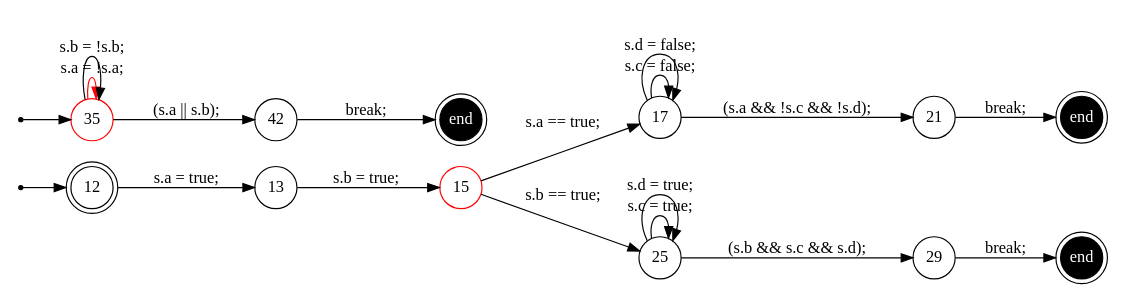
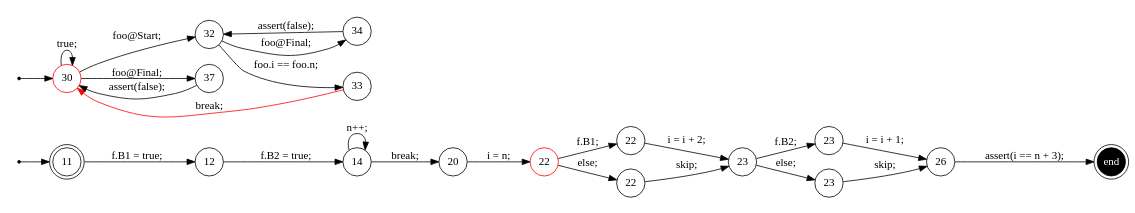
Before and after one commit to samilazregsuidi/Daedalux: the diagram in trace/9.dot, drawn with Graphviz. The commit also changed 63 other files, not shown here.

```diff
--- a/trace/9.dot
+++ b/trace/9.dot
@@ -1,37 +1,48 @@
 digraph finite_state_machine {
 	rankdir=LR
 	size="8,5"
-	94437505318000 [label = 12, shape = doublecircle, fixedsize = true]; 
-	s94437505318000 [shape = point];
-	94437505313568 [label = 35, shape = doublecircle, color = red, fixedsize = true]; 
-	s94437505313568 [shape = point];
-	e94437505311632 [shape = doublecircle, fixedsize = true, style = filled, fillcolor = black, fontcolor = white,  label = end];
-	e94437505313776 [shape = doublecircle, fixedsize = true, style = filled, fillcolor = black, fontcolor = white,  label = end];
-	e94437505315632 [shape = doublecircle, fixedsize = true, style = filled, fillcolor = black, fontcolor = white,  label = end];
-	 94437505318080 [label = 13, shape = circle, fixedsize = true ];
-	 94437505309632 [label = 15, shape = circle, color = red, fixedsize = true ];
-	 94437505310224 [label = 17, shape = circle, fixedsize = true ];
-	 94437505311632 [label = 21, shape = circle, fixedsize = true ];
-	 94437505312144 [label = 25, shape = circle, fixedsize = true ];
-	 94437505313776 [label = 29, shape = circle, fixedsize = true ];
-	 94437505313568 [label = 35, shape = circle, color = red, fixedsize = true ];
-	 94437505315632 [label = 42, shape = circle, fixedsize = true ];
-	s94437505318000 -> 94437505318000;
-	s94437505313568 -> 94437505313568;
-	94437505318000 -> 94437505318080 [ label = "s.a = true; "];
-	94437505318080 -> 94437505309632 [ label = "s.b = true; "];
-	94437505309632 -> 94437505310224 [ label = "s.a == true; "];
-	94437505310224 -> 94437505310224 [ label = "s.c = false; "];
-	94437505310224 -> 94437505310224 [ label = "s.d = false; "];
-	94437505310224 -> 94437505311632 [ label = "(s.a && !s.c && !s.d); "];
-	94437505311632 -> e94437505311632 [ label = "break; "];
-	94437505309632 -> 94437505312144 [ label = "s.b == true; "];
-	94437505312144 -> 94437505312144 [ label = "s.c = true; "];
-	94437505312144 -> 94437505312144 [ label = "s.d = true; "];
-	94437505312144 -> 94437505313776 [ label = "(s.b && s.c && s.d); "];
-	94437505313776 -> e94437505313776 [ label = "break; "];
-	94437505313568 -> 94437505313568 [color = red, label = "s.a = !s.a; "];
-	94437505313568 -> 94437505313568 [ label = "s.b = !s.b; "];
-	94437505313568 -> 94437505315632 [ label = "(s.a || s.b); "];
-	94437505315632 -> e94437505315632 [ label = "break; "];
+	93824993311008 [label = 11, shape = doublecircle, fixedsize = true]; 
+	s93824993311008 [shape = point];
+	93824993307216 [label = 30, shape = doublecircle, color = red, fixedsize = true]; 
+	s93824993307216 [shape = point];
+	e93824993306544 [shape = doublecircle, fixedsize = true, style = filled, fillcolor = black, fontcolor = white,  label = end];
+	 93824993312480 [label = 12, shape = circle, fixedsize = true ];
+	 93824993302560 [label = 14, shape = circle, fixedsize = true ];
+	 93824993303360 [label = 20, shape = circle, fixedsize = true ];
+	 93824993303680 [label = 22, shape = circle, color = red, fixedsize = true ];
+	 93824993304480 [label = 22, shape = circle, fixedsize = true ];
+	 93824993305200 [label = 22, shape = circle, fixedsize = true ];
+	 93824993304992 [label = 23, shape = circle, fixedsize = true ];
+	 93824993306032 [label = 23, shape = circle, fixedsize = true ];
+	 93824993306752 [label = 23, shape = circle, fixedsize = true ];
+	 93824993306544 [label = 26, shape = circle, fixedsize = true ];
+	 93824993307216 [label = 30, shape = circle, color = red, fixedsize = true ];
+	 93824993307984 [label = 32, shape = circle, fixedsize = true ];
+	 93824993308816 [label = 33, shape = circle, fixedsize = true ];
+	 93824993309536 [label = 34, shape = circle, fixedsize = true ];
+	 93824993310048 [label = 37, shape = circle, fixedsize = true ];
+	s93824993311008 -> 93824993311008;
+	s93824993307216 -> 93824993307216;
+	93824993311008 -> 93824993312480 [ label = "f.B1 = true; "];
+	93824993312480 -> 93824993302560 [ label = "f.B2 = true; "];
+	93824993302560 -> 93824993303360 [ label = "break; "];
+	93824993302560 -> 93824993302560 [ label = "n++; "];
+	93824993303360 -> 93824993303680 [ label = "i = n; "];
+	93824993303680 -> 93824993304480 [ label = "f.B1; "];
+	93824993304480 -> 93824993304992 [ label = "i = i + 2; "];
+	93824993303680 -> 93824993305200 [ label = "else; "];
+	93824993305200 -> 93824993304992 [ label = "skip; "];
+	93824993304992 -> 93824993306032 [ label = "f.B2; "];
+	93824993306032 -> 93824993306544 [ label = "i = i + 1; "];
+	93824993304992 -> 93824993306752 [ label = "else; "];
+	93824993306752 -> 93824993306544 [ label = "skip; "];
+	93824993306544 -> e93824993306544 [ label = "assert(i == n + 3); "];
+	93824993307216 -> 93824993307984 [ label = "foo@Start; "];
+	93824993307984 -> 93824993308816 [ label = "foo.i == foo.n; "];
+	93824993308816 -> 93824993307216 [color = red, label = "break; "];
+	93824993307984 -> 93824993309536 [ label = "foo@Final; "];
+	93824993309536 -> 93824993307984 [ label = "assert(false); "];
+	93824993307216 -> 93824993310048 [ label = "foo@Final; "];
+	93824993310048 -> 93824993307216 [ label = "assert(false); "];
+	93824993307216 -> 93824993307216 [ label = "true; "];
 }
```
